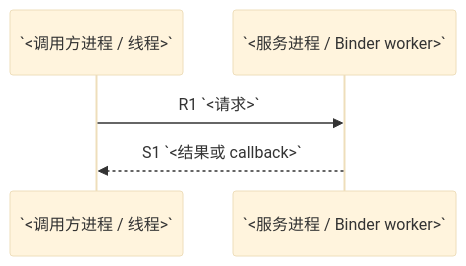
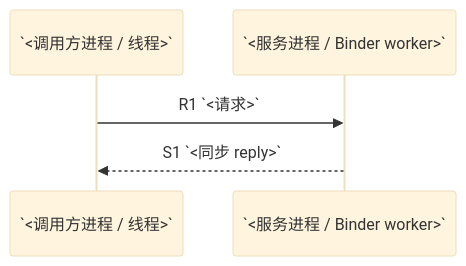
One commit to xixia0523/skills changed the first of 3 diagrams in android-call-chain/assets/call-chain-report-template.md. Above: the diagram before and after it, drawn with Mermaid (base theme). The commit also changed other lines of this file and 5 other files, not shown here.

````diff
--- a/android-call-chain/assets/call-chain-report-template.md
+++ b/android-call-chain/assets/call-chain-report-template.md
@@ -25,7 +33,7 @@
 ```mermaid
 sequenceDiagram
     participant A as `<调用方进程 / 线程>`
     participant B as `<服务进程 / Binder worker>`
     A->>B: R1 `<请求>`
-    B-->>A: S1 `<结果或 callback>`
+    B-->>A: S1 `<同步 reply>`
 ```
````
